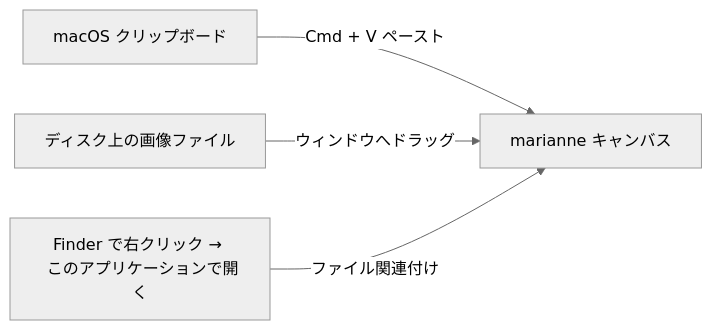
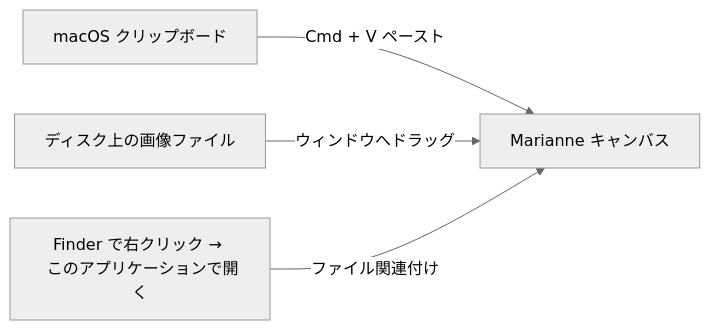
One commit to takecy/marianne changed the diagram in site/src/content/docs/ja/image-input.mdx. Above: the diagram before and after it, drawn with Mermaid (neutral theme). The commit also changed other lines of this file and 77 other files, not shown here.

````diff
--- a/site/src/content/docs/ja/image-input.mdx
+++ b/site/src/content/docs/ja/image-input.mdx
@@ -12,6 +12,6 @@
 ```mermaid
 flowchart LR
-  C[macOS クリップボード] -->|Cmd + V ペースト| M[marianne キャンバス]
+  C[macOS クリップボード] -->|Cmd + V ペースト| M[Marianne キャンバス]
   F[ディスク上の画像ファイル] -->|ウィンドウへドラッグ| M
   R[Finder で右クリック → <br/> このアプリケーションで開く] -->|ファイル関連付け| M
 ```
````
